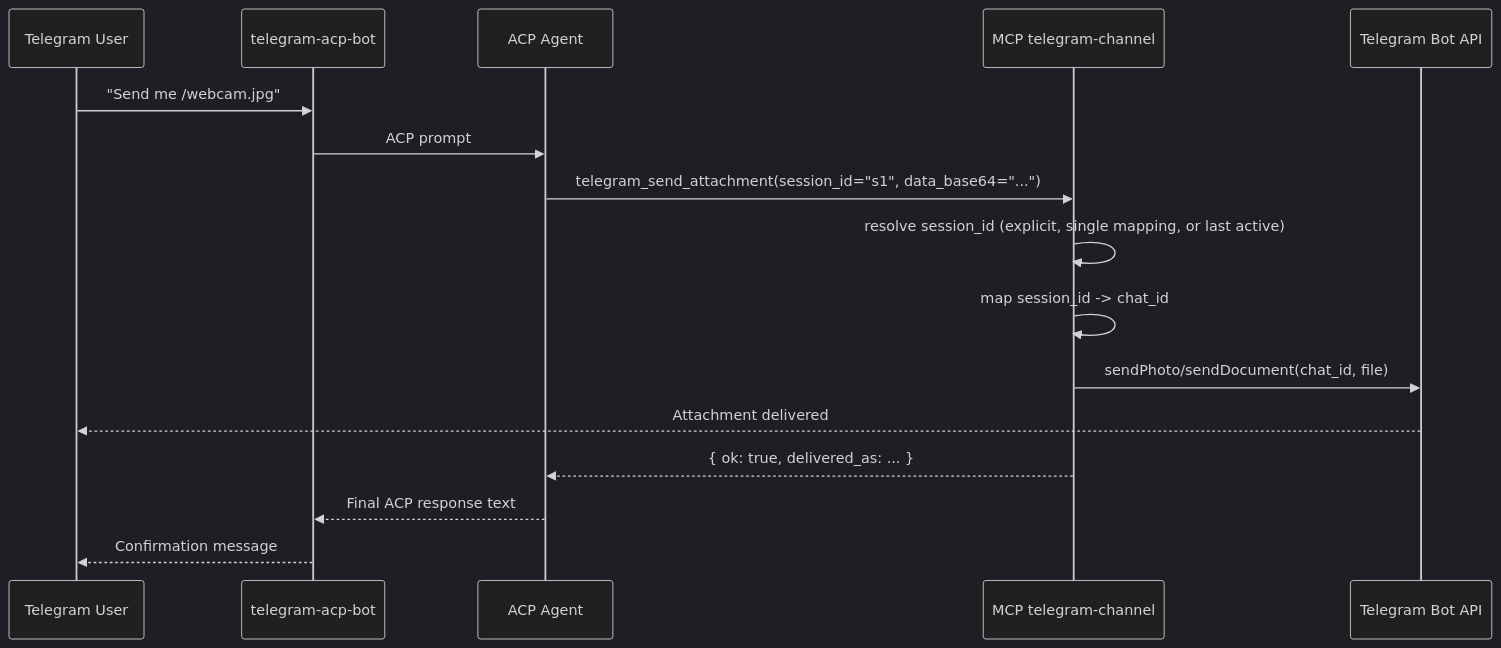
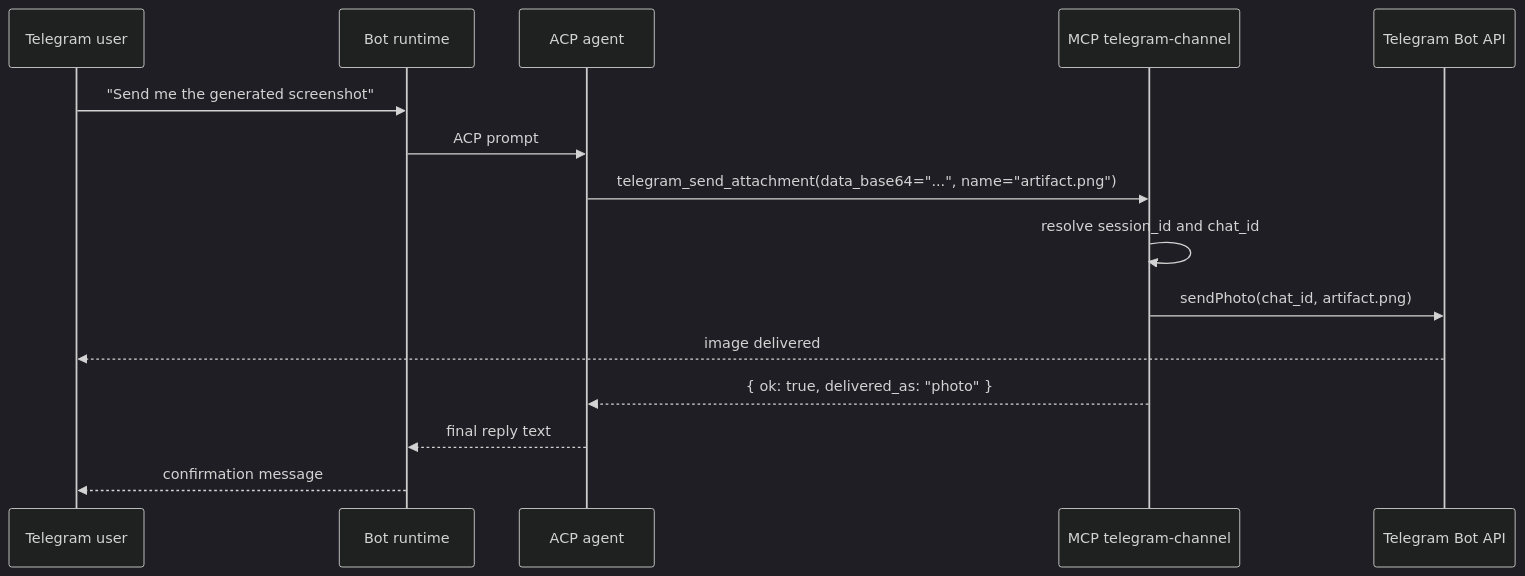
Before and after one commit to mgaitan/telegram-acp-bot: the second of 2 diagrams in docs/mcp.md, drawn with Mermaid (dark theme). The commit also changed other lines of this file and 14 other files, not shown here.

````diff
--- a/docs/mcp.md
+++ b/docs/mcp.md
@@ -91,20 +85,19 @@
 ```{mermaid}
 :align: center
 sequenceDiagram
-    participant U as Telegram User
-    participant B as telegram-acp-bot
-    participant A as ACP Agent
+    participant U as Telegram user
+    participant B as Bot runtime
+    participant A as ACP agent
     participant M as MCP telegram-channel
     participant T as Telegram Bot API
 
-    U->>B: "Send me /webcam.jpg"
+    U->>B: "Send me the generated screenshot"
     B->>A: ACP prompt
-    A->>M: telegram_send_attachment(session_id="s1", data_base64="...")
-    M->>M: resolve session_id (explicit, single mapping, or last active)
-    M->>M: map session_id -> chat_id
-    M->>T: sendPhoto/sendDocument(chat_id, file)
-    T-->>U: Attachment delivered
-    M-->>A: { ok: true, delivered_as: ... }
-    A-->>B: Final ACP response text
-    B-->>U: Confirmation message
+    A->>M: telegram_send_attachment(data_base64="...", name="artifact.png")
+    M->>M: resolve session_id and chat_id
+    M->>T: sendPhoto(chat_id, artifact.png)
+    T-->>U: image delivered
+    M-->>A: { ok: true, delivered_as: "photo" }
+    A-->>B: final reply text
+    B-->>U: confirmation message
 ```
````
